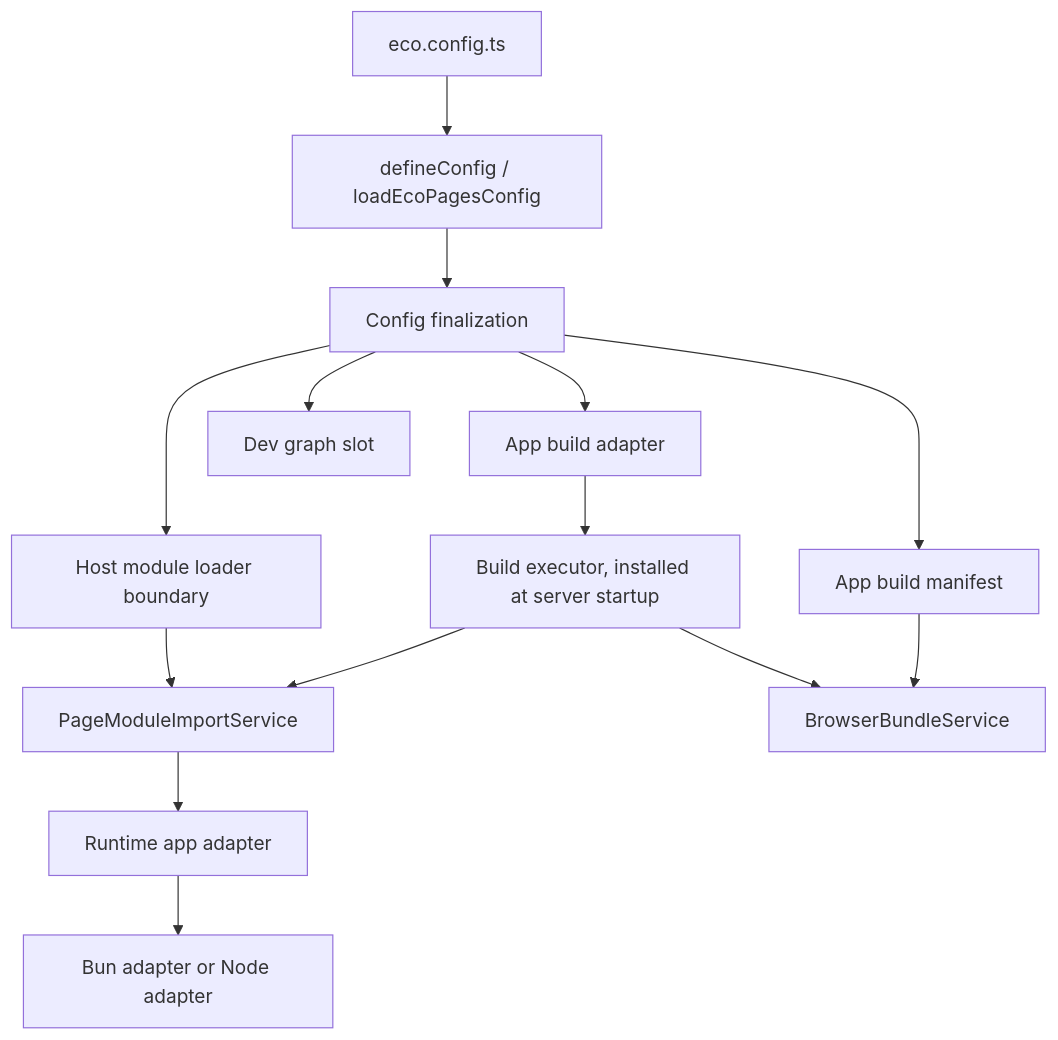
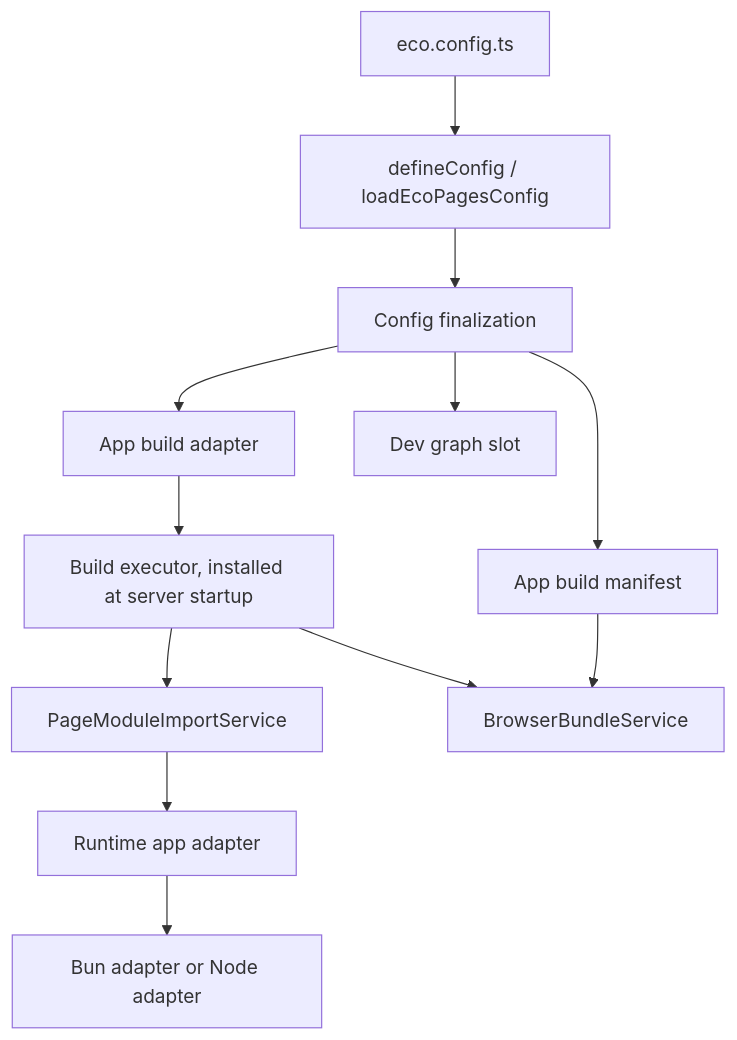
The first of 2 diagrams in packages/core/README.md (ecopages/ecopages), drawn with Mermaid before and after one commit. The commit also changed other lines of this file and 140 other files, not shown here.

````diff
--- a/packages/core/README.md
+++ b/packages/core/README.md
@@ -35,16 +35,14 @@
 ```mermaid
 flowchart TD
 	A[eco.config.ts] --> B[defineConfig / loadEcoPagesConfig]
 	B --> C[Config finalization]
 	C --> D[App build adapter]
 	C --> E[App build manifest]
 	C --> G[Dev graph slot]
-	C --> H[Host module loader boundary]
 	D --> F[Build executor, installed at server startup]
-	H --> I[PageModuleImportService]
-	F --> I
+	F --> I[PageModuleImportService]
 	F --> J[BrowserBundleService]
 	I --> K[Runtime app adapter]
 	K --> L[Bun adapter or Node adapter]
 	E --> J
 ```
````
